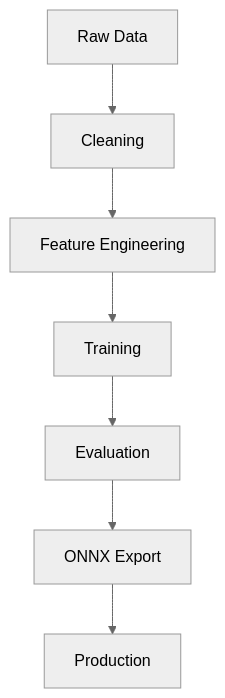
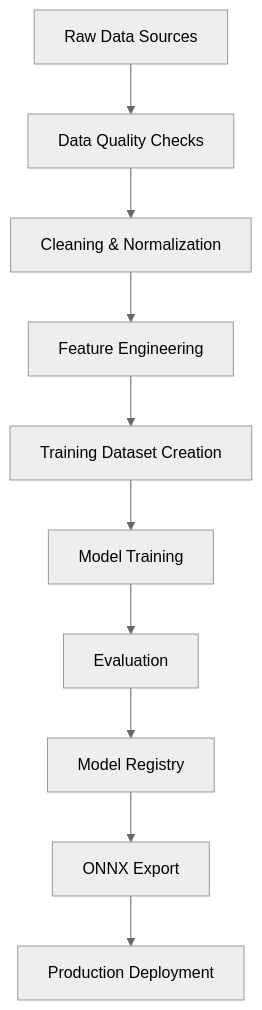
The second of 4 diagrams in README.md (sai-ganesh-4539/StatVault), drawn with Mermaid (neutral theme) before and after one commit. The commit also changed other lines of this file, not shown here.

````diff
--- a/README.md
+++ b/README.md
@@ -135,17 +80,23 @@
 ```mermaid
-flowchart TB
+flowchart TD
 
-RAW[Raw Data]
+A[Raw Data Sources]
 
-RAW --> CLEAN[Cleaning]
+A --> B[Data Quality Checks]
 
-CLEAN --> FE[Feature Engineering]
+B --> C[Cleaning & Normalization]
 
-FE --> TRAIN[Training]
+C --> D[Feature Engineering]
 
-TRAIN --> EVAL[Evaluation]
+D --> E[Training Dataset Creation]
 
-EVAL --> EXPORT[ONNX Export]
+E --> F[Model Training]
 
-EXPORT --> PROD[Production]
+F --> G[Evaluation]
+
+G --> H[Model Registry]
+
+H --> I[ONNX Export]
+
+I --> J[Production Deployment]
 ```
````
